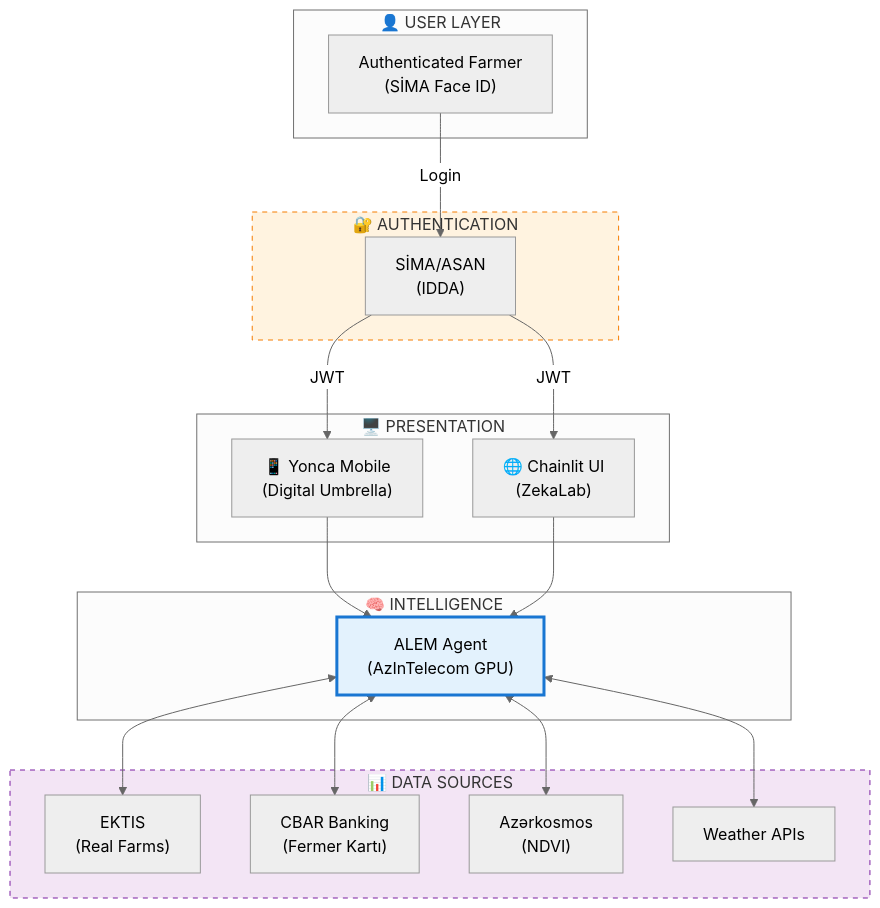
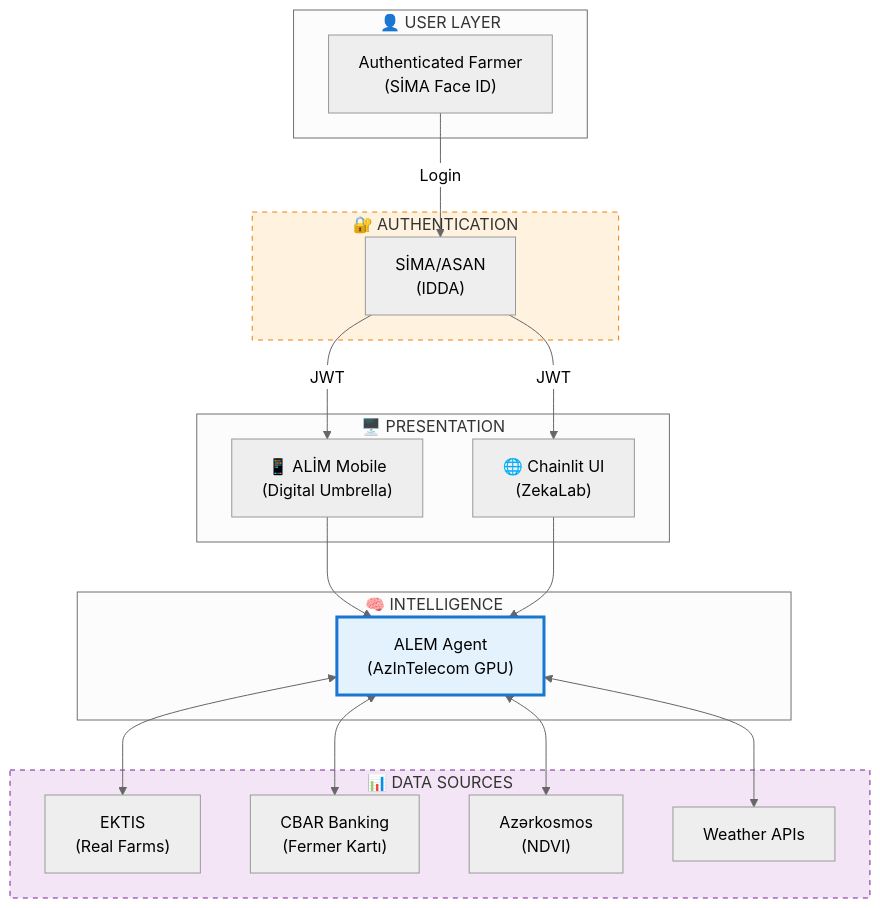
One commit to Px8Studio/yonja changed the third of 3 diagrams in docs/zekalab/19-YONCA-AI-INTEGRATION-UNIVERSE.md. Above: the diagram before and after it, drawn with Mermaid. The commit also changed other lines of this file and 259 other files, not shown here.

````diff
--- a/docs/zekalab/19-YONCA-AI-INTEGRATION-UNIVERSE.md
+++ b/docs/zekalab/19-YONCA-AI-INTEGRATION-UNIVERSE.md
@@ -150,42 +150,42 @@
 ```mermaid
 %%{init: {'theme': 'neutral'}}%%
 flowchart TB
     subgraph user["👤 USER LAYER"]
         farmer["Authenticated Farmer<br/>(SİMA Face ID)"]
     end
 
     subgraph presentation["🖥️ PRESENTATION"]
-        mobile["📱 Yonca Mobile<br/>(Digital Umbrella)"]
+        mobile["📱 ALİM Mobile<br/>(Digital Umbrella)"]
         web["🌐 Chainlit UI<br/>(ZekaLab)"]
     end
 
     subgraph intelligence["🧠 INTELLIGENCE"]
         alem["ALEM Agent<br/>(AzInTelecom GPU)"]
     end
 
     subgraph data_sources["📊 DATA SOURCES"]
         ektis["EKTIS<br/>(Real Farms)"]
         bank["CBAR Banking<br/>(Fermer Kartı)"]
         satellite["Azərkosmos<br/>(NDVI)"]
         weather_svc["Weather APIs"]
     end
 
     subgraph auth["🔐 AUTHENTICATION"]
         sima["SİMA/ASAN<br/>(IDDA)"]
     end
 
     farmer -->|"Login"| sima
     sima -->|"JWT"| mobile
     sima -->|"JWT"| web
     mobile --> alem
     web --> alem
 
     alem <--> ektis
     alem <--> bank
     alem <--> satellite
     alem <--> weather_svc
 
     style alem fill:#e3f2fd,stroke:#1976d2,stroke-width:3px
     style data_sources fill:#f3e5f5,stroke:#7b1fa2,stroke-dasharray: 5 5
     style auth fill:#fff3e0,stroke:#f57c00,stroke-dasharray: 5 5
 ```
````
